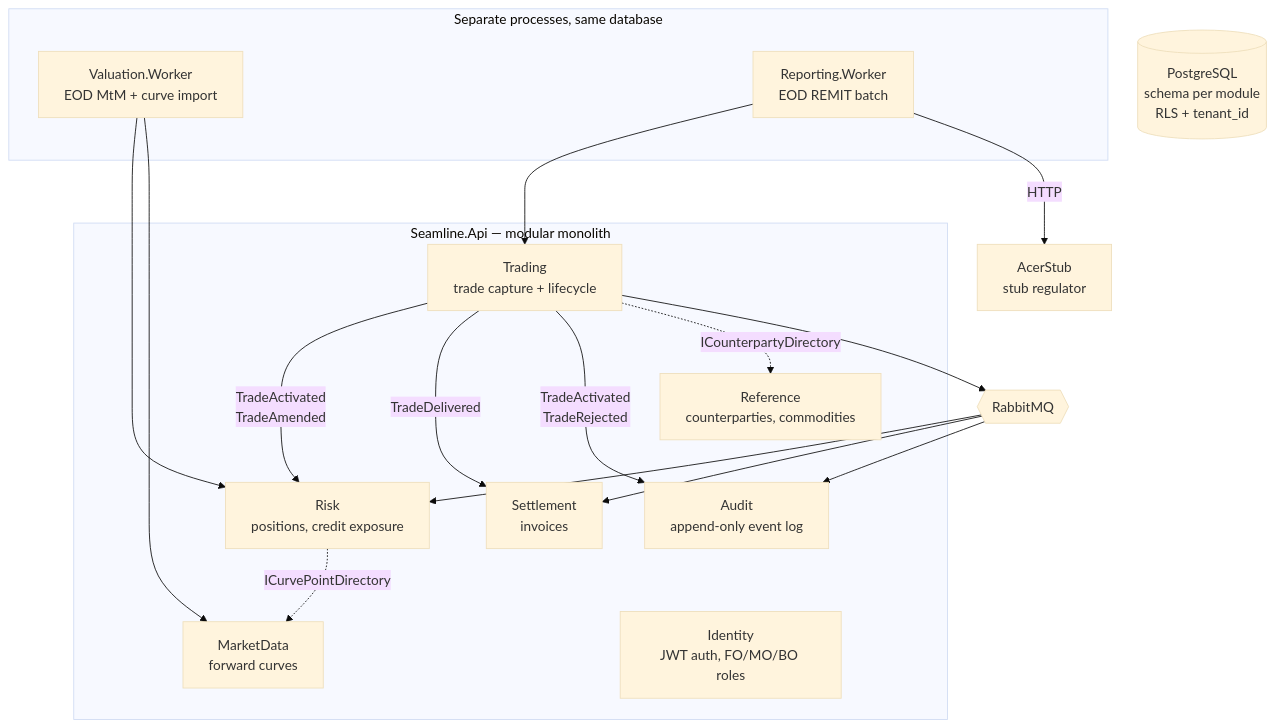
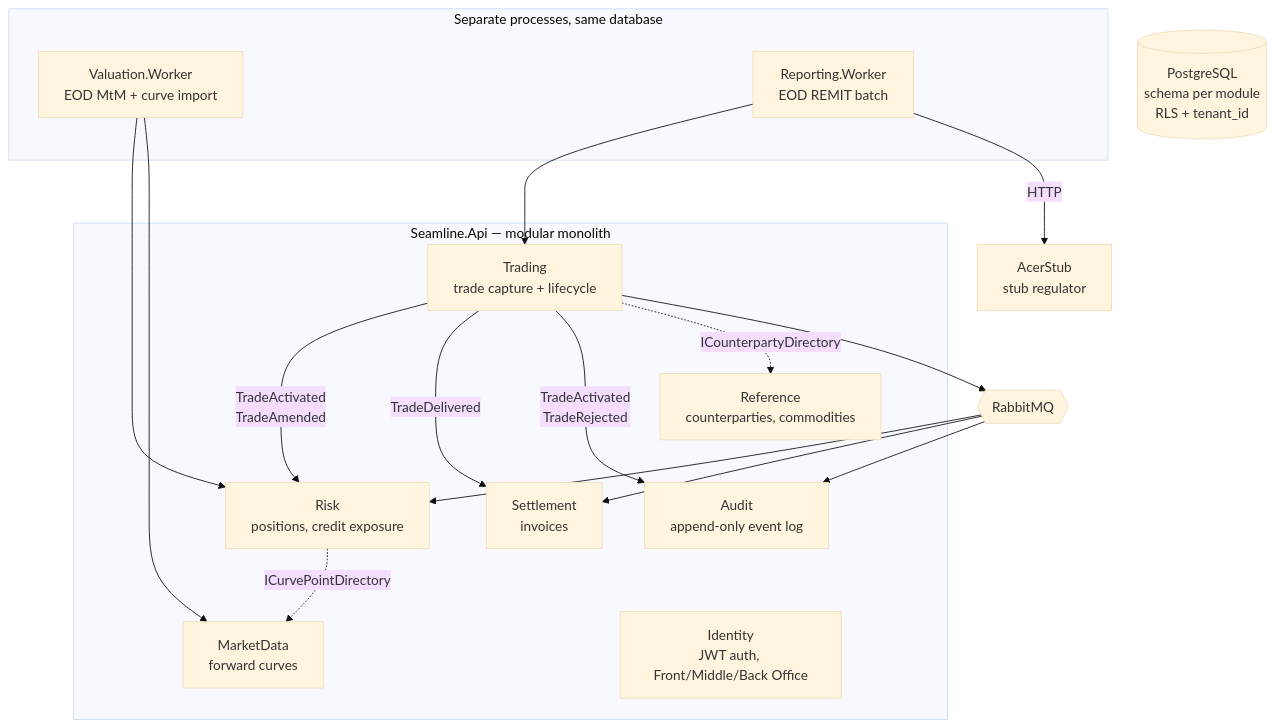
The diagram in README.md (TropinAlexey/seamline), drawn with Mermaid (base theme) before and after one commit. The commit also changed other lines of this file, not shown here.

````diff
--- a/README.md
+++ b/README.md
@@ -40,36 +40,36 @@
 ```mermaid
 graph TB
     subgraph api["Seamline.Api — modular monolith"]
         TRD["Trading\ntrade capture + lifecycle"]
         REF["Reference\ncounterparties, commodities"]
         RSK["Risk\npositions, credit exposure"]
         MKT["MarketData\nforward curves"]
         STL["Settlement\ninvoices"]
         AUD["Audit\nappend-only event log"]
-        IDN["Identity\nJWT auth, FO/MO/BO roles"]
+        IDN["Identity\nJWT auth, Front/Middle/Back Office"]
     end
 
     subgraph workers["Separate processes, same database"]
         VAL["Valuation.Worker\nEOD MtM + curve import"]
         RPT["Reporting.Worker\nEOD REMIT batch"]
     end
 
     TRD -- "TradeActivated\nTradeAmended" --> RSK
     TRD -- "TradeDelivered" --> STL
     TRD -- "TradeActivated\nTradeRejected" --> AUD
     TRD -. "ICounterpartyDirectory" .-> REF
     RSK -. "ICurvePointDirectory" .-> MKT
 
     VAL --> RSK
     VAL --> MKT
     RPT --> TRD
     RPT -- "HTTP" --> ACER["AcerStub\nstub regulator"]
 
     PG[("PostgreSQL\nschema per module\nRLS + tenant_id")]
     RMQ{{"RabbitMQ"}}
 
     TRD --> RMQ
     RMQ --> RSK
     RMQ --> STL
     RMQ --> AUD
 ```
````
